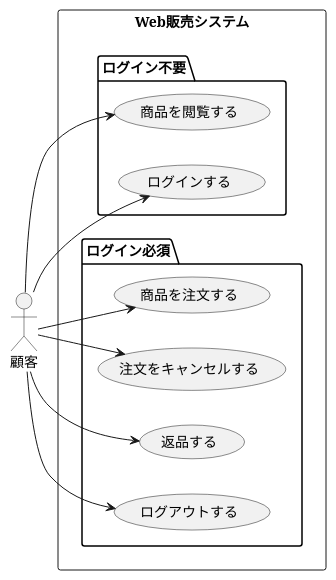
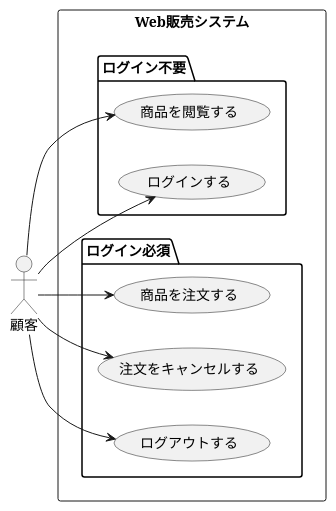
One commit to ko246/ohara_uml changed the diagram in group/3-3_総合演習1_BBショップ注文管理システム/ユースケース図/usecase_web.pu. Above: the diagram before and after it, drawn with PlantUML. The commit also changed 1 other file, not shown here.

Commit message:
usecase図修正

```diff
--- a/group/3-3_総合演習1_BBショップ注文管理システム/ユースケース図/usecase_web.pu
+++ b/group/3-3_総合演習1_BBショップ注文管理システム/ユースケース図/usecase_web.pu
@@ -1,28 +1,26 @@
 @startuml Web販売システム
 left to right direction
 
 actor 顧客
 
 rectangle Web販売システム {
   
   package "ログイン不要" {
     usecase "商品を閲覧する" as UC_Browse
     usecase "ログインする" as UC_Login
   }
 
   package "ログイン必須" {
     usecase "商品を注文する" as UC_Order
     usecase "注文をキャンセルする" as UC_Cancel
-    usecase "返品する" as UC_Return
     usecase "ログアウトする" as UC_Logout
   }
 }
 
 顧客 --> UC_Browse
 顧客 --> UC_Login
 顧客 --> UC_Logout
 顧客 --> UC_Order
 顧客 --> UC_Cancel
-顧客 --> UC_Return
 
 @enduml
```
